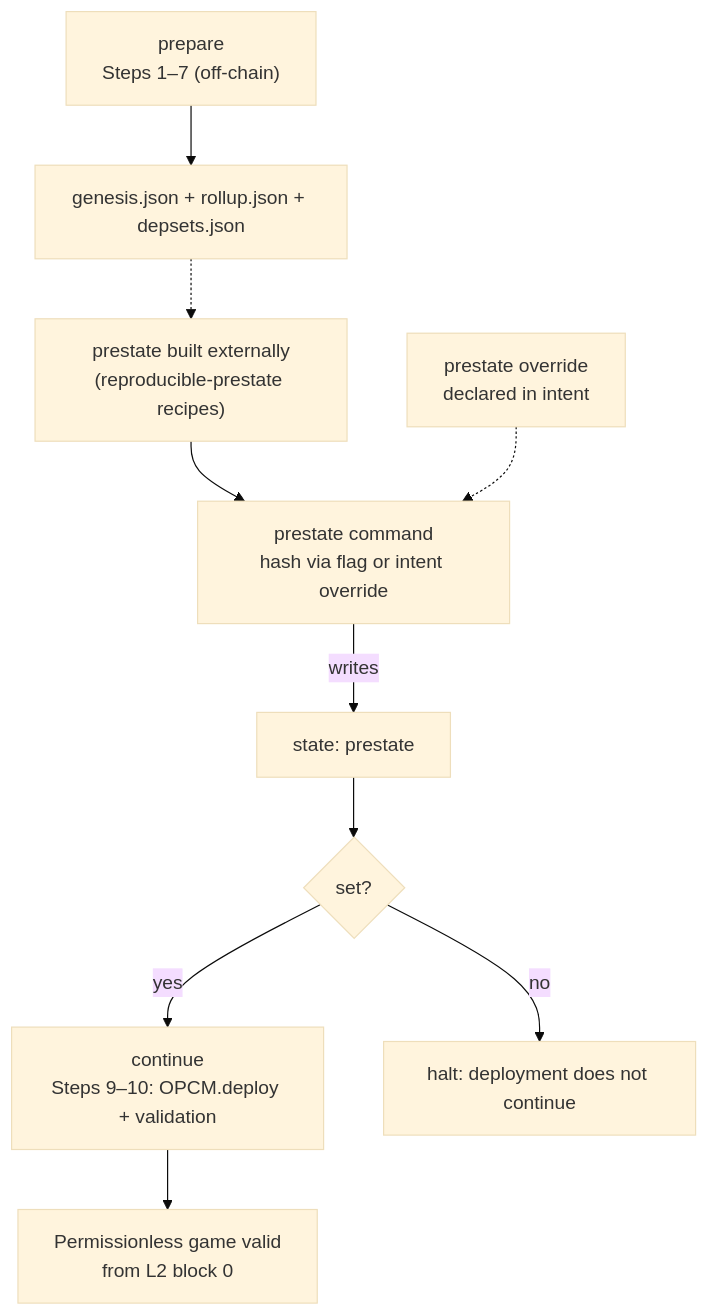
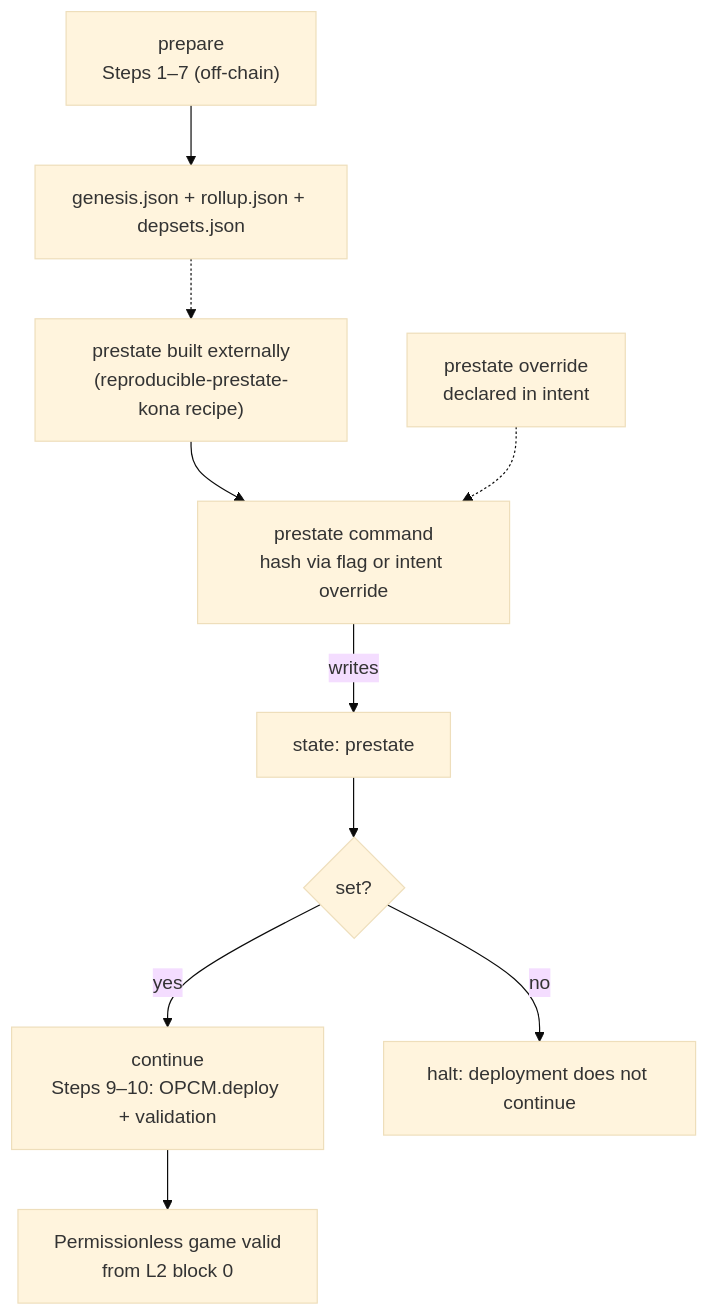
Before and after one commit to ethereum-optimism/design-docs: the fourth of 4 diagrams in ecosystem/op-deployer/predictive-chain-deployments/pcd-design.md, drawn with Mermaid (base theme). The commit also changed other lines of this file, not shown here.

Commit message:
fix: remove deprecated reproducible-prestate recipes ref

````diff
--- a/ecosystem/op-deployer/predictive-chain-deployments/pcd-design.md
+++ b/ecosystem/op-deployer/predictive-chain-deployments/pcd-design.md
@@ -297,12 +297,12 @@
 ```mermaid
 flowchart TD
     A["prepare<br/>Steps 1–7 (off-chain)"] --> ART["genesis.json + rollup.json + depsets.json"]
-    ART -.-> BUILD["prestate built externally<br/>(reproducible-prestate recipes)"]
+    ART -.-> BUILD["prestate built externally<br/>(reproducible-prestate-kona recipe)"]
     BUILD --> B["prestate command<br/>hash via flag or intent override"]
     OV["prestate override<br/>declared in intent"] -.-> B
     B -->|"writes"| F["state: prestate"]
     F --> G{"set?"}
     G -->|"yes"| C["continue<br/>Steps 9–10: OPCM.deploy + validation"]
     G -->|"no"| H["halt: deployment does not continue"]
     C --> J["Permissionless game valid<br/>from L2 block 0"]
 ```
````
